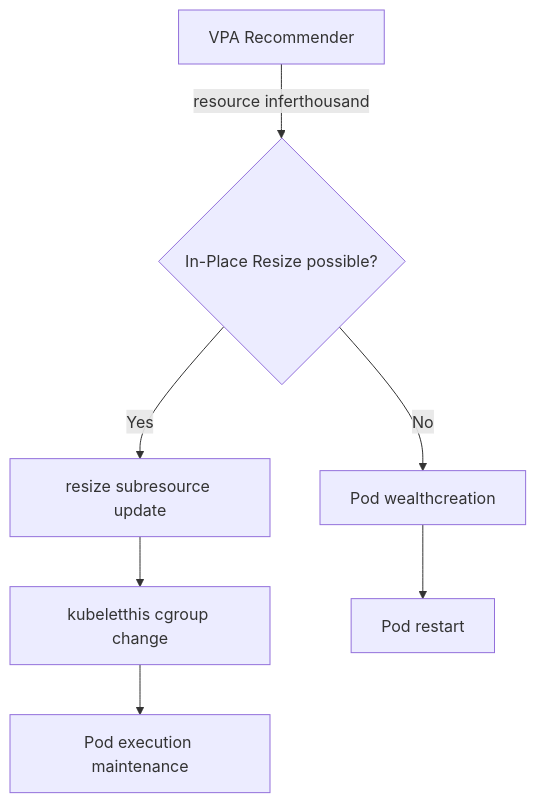
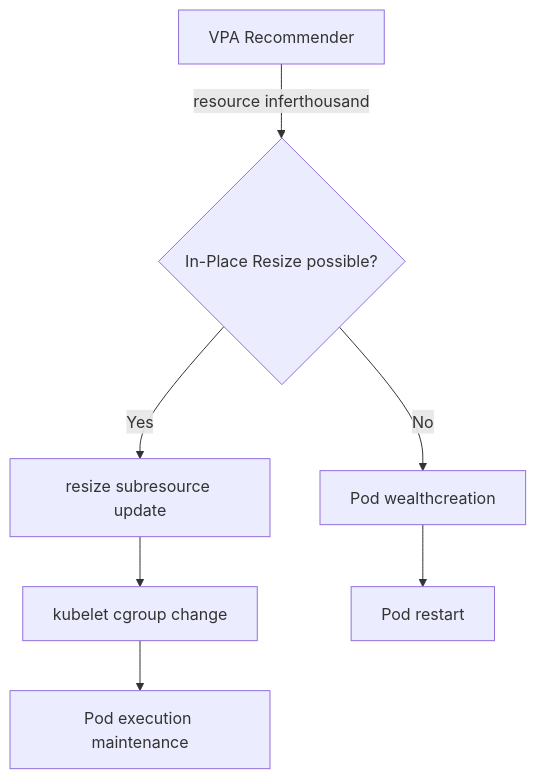
Before and after one commit to devfloor9/engineering-playbook: diagram 11 of 13 in i18n/en/docusaurus-plugin-content-docs/current/aiops-aidlc/aiops-predictive-operations.md, drawn with Mermaid. The commit also changed other lines of this file, not shown here.

````diff
--- a/i18n/en/docusaurus-plugin-content-docs/current/aiops-aidlc/aiops-predictive-operations.md
+++ b/i18n/en/docusaurus-plugin-content-docs/current/aiops-aidlc/aiops-predictive-operations.md
@@ -2928,9 +2911,9 @@
 ```mermaid
 graph TD
 A[VPA Recommender] -->|resource inferthousand| B{In-Place Resize possible?}
 B -->|Yes| C[resize subresource update]
 B -->|No| D[Pod wealthcreation]
-C --> E[kubeletthis cgroup change]
+C --> E[kubelet cgroup change]
 E --> F[Pod execution maintenance]
 D --> G[Pod restart]
 ```
````
